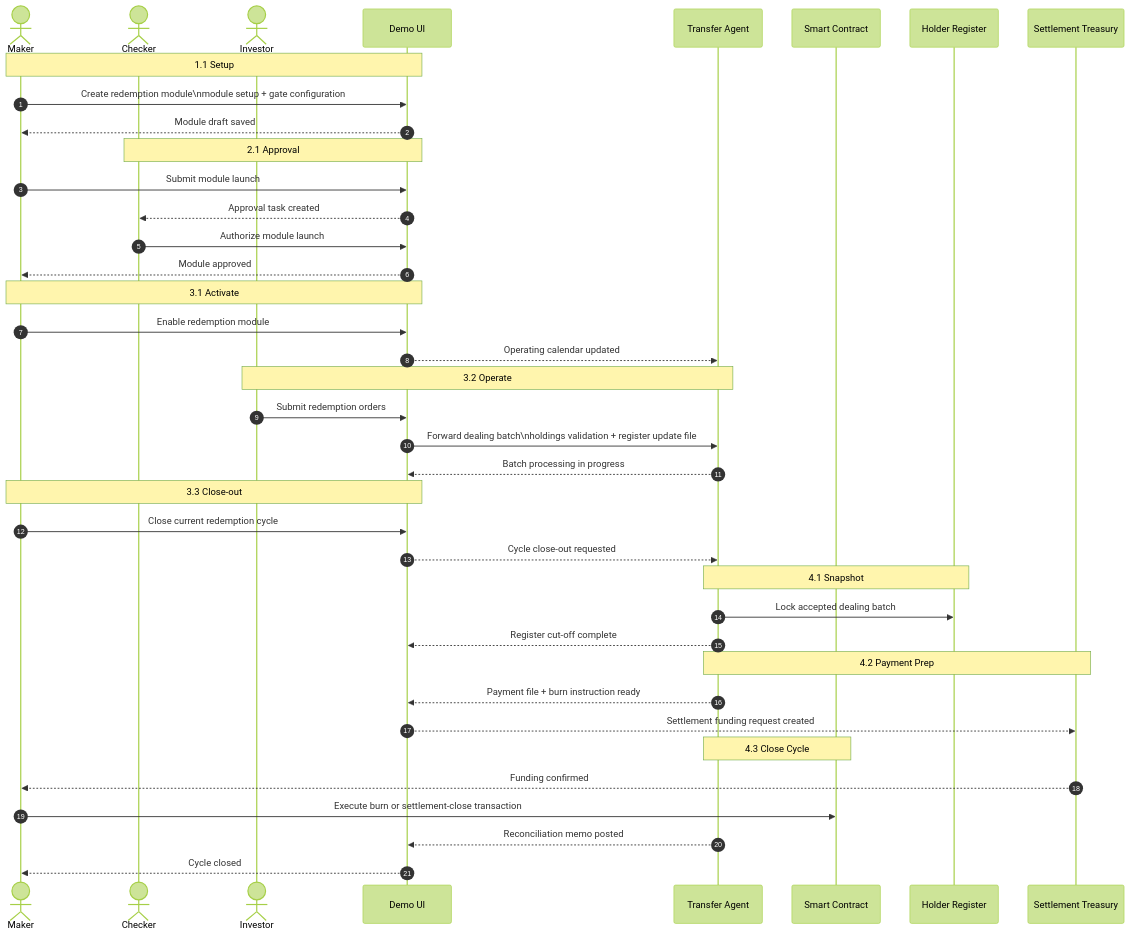
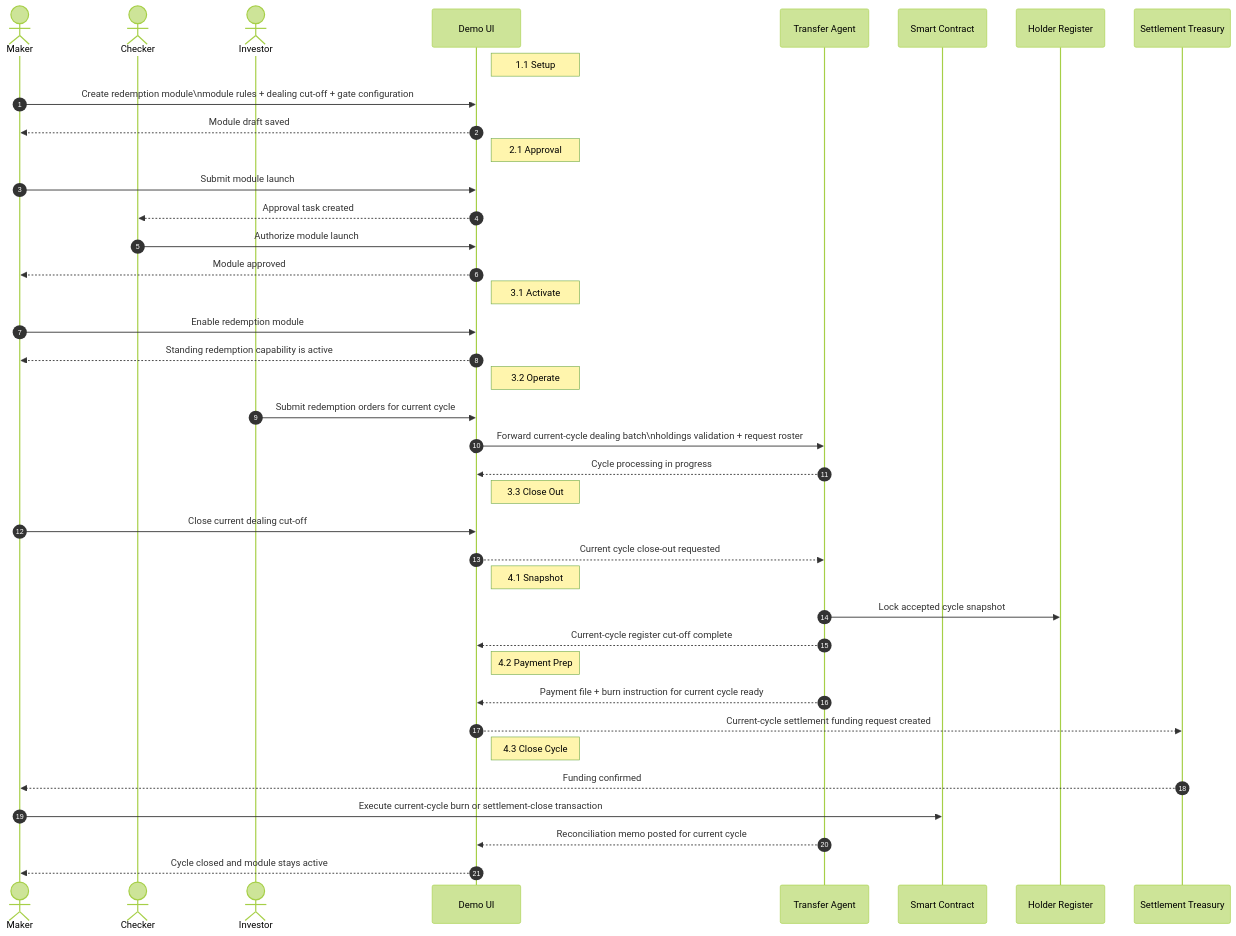
The fourth of 6 diagrams in 05_Architecture/Diagrams/ARCH - Fund Lifecycle Sequence Diagrams.md (JohnLiuSCIE/fund-rwa-demo), drawn with Mermaid (forest theme) before and after one commit. The commit also changed other lines of this file, not shown here.

Commit message:
Refine open-end sequence semantics

````diff
--- a/05_Architecture/Diagrams/ARCH - Fund Lifecycle Sequence Diagrams.md
+++ b/05_Architecture/Diagrams/ARCH - Fund Lifecycle Sequence Diagrams.md
@@ -227,49 +230,49 @@
 ```mermaid
 sequenceDiagram
     autonumber
     actor Maker as Maker
     actor Checker as Checker
     actor Investor as Investor
     participant UI as Demo UI
     participant TA as Transfer Agent
     participant Chain as Smart Contract
     participant Register as Holder Register
     participant Treasury as Settlement Treasury
 
-    note over Maker,UI: 1.1 Setup
-    Maker->>UI: Create redemption module\nmodule setup + gate configuration
+    note right of UI: 1.1 Setup
+    Maker->>UI: Create redemption module\nmodule rules + dealing cut-off + gate configuration
     UI-->>Maker: Module draft saved
 
-    note over Checker,UI: 2.1 Approval
+    note right of UI: 2.1 Approval
     Maker->>UI: Submit module launch
     UI-->>Checker: Approval task created
     Checker->>UI: Authorize module launch
     UI-->>Maker: Module approved
 
-    note over Maker,UI: 3.1 Activate
+    note right of UI: 3.1 Activate
     Maker->>UI: Enable redemption module
-    UI-->>TA: Operating calendar updated
+    UI-->>Maker: Standing redemption capability is active
 
-    note over Investor,TA: 3.2 Operate
-    Investor->>UI: Submit redemption orders
-    UI->>TA: Forward dealing batch\nholdings validation + register update file
-    TA-->>UI: Batch processing in progress
+    note right of UI: 3.2 Operate
+    Investor->>UI: Submit redemption orders for current cycle
+    UI->>TA: Forward current-cycle dealing batch\nholdings validation + request roster
+    TA-->>UI: Cycle processing in progress
 
-    note over Maker,UI: 3.3 Close-out
-    Maker->>UI: Close current redemption cycle
-    UI-->>TA: Cycle close-out requested
+    note right of UI: 3.3 Close Out
+    Maker->>UI: Close current dealing cut-off
+    UI-->>TA: Current cycle close-out requested
 
-    note over TA,Register: 4.1 Snapshot
-    TA->>Register: Lock accepted dealing batch
-    TA-->>UI: Register cut-off complete
+    note right of UI: 4.1 Snapshot
+    TA->>Register: Lock accepted cycle snapshot
+    TA-->>UI: Current-cycle register cut-off complete
 
-    note over TA,Treasury: 4.2 Payment Prep
-    TA-->>UI: Payment file + burn instruction ready
-    UI-->>Treasury: Settlement funding request created
+    note right of UI: 4.2 Payment Prep
+    TA-->>UI: Payment file + burn instruction for current cycle ready
+    UI-->>Treasury: Current-cycle settlement funding request created
 
-    note over TA,Chain: 4.3 Close Cycle
+    note right of UI: 4.3 Close Cycle
     Treasury-->>Maker: Funding confirmed
-    Maker->>Chain: Execute burn or settlement-close transaction
-    TA-->>UI: Reconciliation memo posted
-    UI-->>Maker: Cycle closed
+    Maker->>Chain: Execute current-cycle burn or settlement-close transaction
+    TA-->>UI: Reconciliation memo posted for current cycle
+    UI-->>Maker: Cycle closed and module stays active
 ```
````
